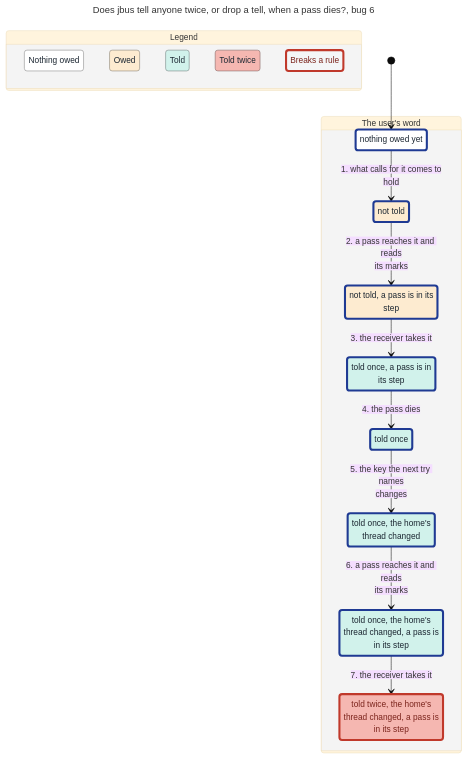
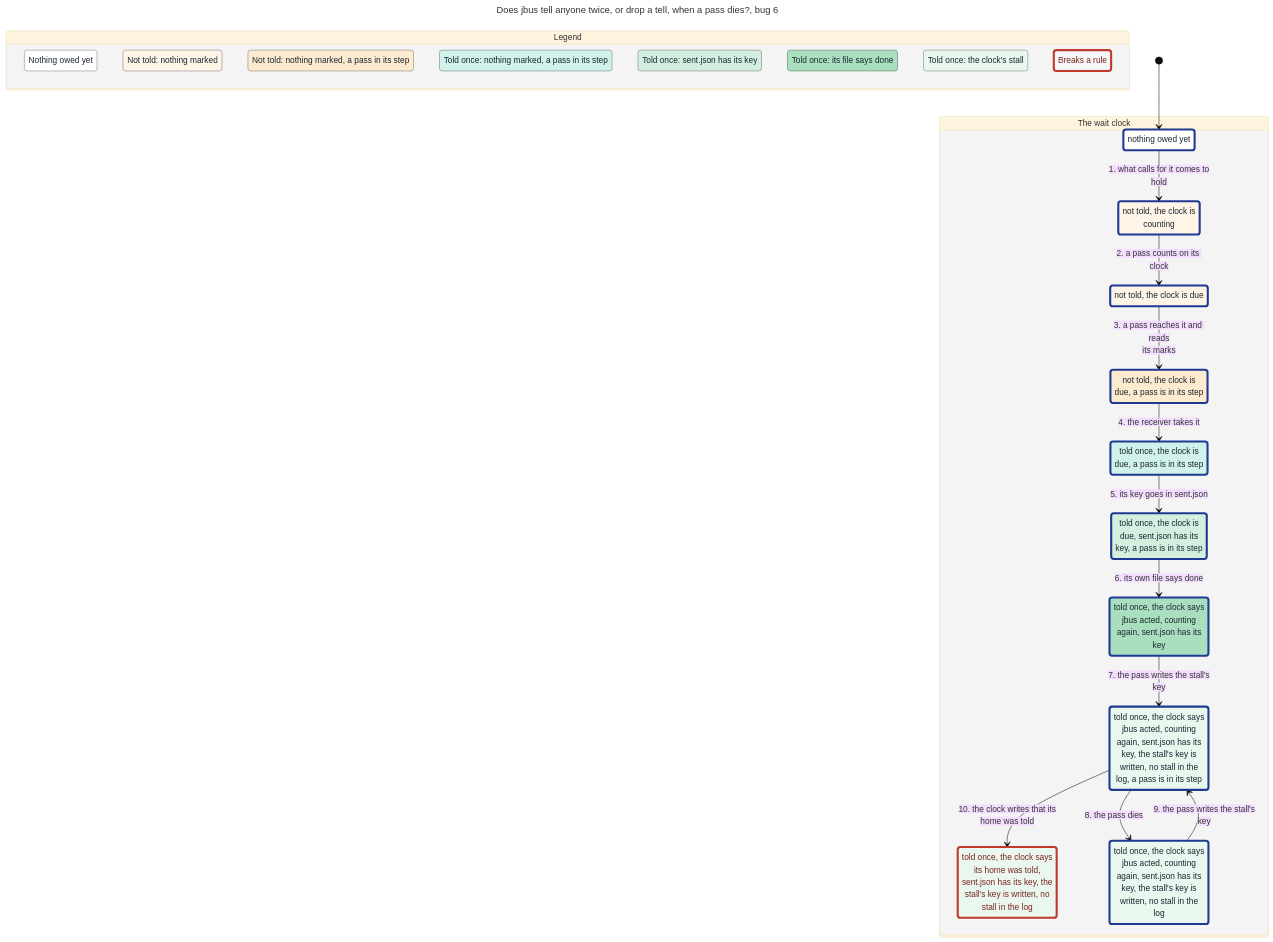
Before and after one commit to JoshuaHayesWasHere/jstack: the diagram in features/jbus/spec/TellOnce-statechart/bug-6.mmd, drawn with Mermaid (base theme). The commit also changed 21 other files, not shown here.

First line of the commit message:
feat(statechart): TellOnce's chart splits off the ask owed after a limit, and groups each state by where its tell stands, at most 15 to a group

```diff
--- a/features/jbus/spec/TellOnce-statechart/bug-6.mmd
+++ b/features/jbus/spec/TellOnce-statechart/bug-6.mmd
@@ -1,55 +1,75 @@
 ---
 title: "Does jbus tell anyone twice, or drop a tell, when a pass dies?, bug 6"
 config:
   markdownAutoWrap: false
   state:
     useMaxWidth: false
 ---
 stateDiagram-v2
   classDef plainWrong fill:#f4f6f7,stroke:#c0392b,stroke-width:4px,color:#7b241c
   classDef group0 fill:#ffffff,stroke:#808080,color:#1b2631
   classDef group0Path fill:#ffffff,stroke:#1f3a93,stroke-width:4px,color:#1b2631
-  classDef group1 fill:#fdebd0,stroke:#7f7668,color:#1b2631
-  classDef group1Path fill:#fdebd0,stroke:#1f3a93,stroke-width:4px,color:#1b2631
-  classDef group2 fill:#d1f2eb,stroke:#697976,color:#1b2631
-  classDef group2Path fill:#d1f2eb,stroke:#1f3a93,stroke-width:4px,color:#1b2631
-  classDef group3 fill:#f5b7b1,stroke:#7b5c59,color:#1b2631
-  classDef group3Wrong fill:#f5b7b1,stroke:#c0392b,stroke-width:4px,color:#7b241c
+  classDef group1 fill:#fef5e7,stroke:#7f7b74,color:#1b2631
+  classDef group1Path fill:#fef5e7,stroke:#1f3a93,stroke-width:4px,color:#1b2631
+  classDef group2 fill:#fdebd0,stroke:#7f7668,color:#1b2631
+  classDef group2Path fill:#fdebd0,stroke:#1f3a93,stroke-width:4px,color:#1b2631
+  classDef group6 fill:#d1f2eb,stroke:#697976,color:#1b2631
+  classDef group6Path fill:#d1f2eb,stroke:#1f3a93,stroke-width:4px,color:#1b2631
+  classDef group8 fill:#d4efdf,stroke:#6a7870,color:#1b2631
+  classDef group8Path fill:#d4efdf,stroke:#1f3a93,stroke-width:4px,color:#1b2631
+  classDef group9 fill:#a9dfbf,stroke:#557060,color:#1b2631
+  classDef group9Path fill:#a9dfbf,stroke:#1f3a93,stroke-width:4px,color:#1b2631
+  classDef group10 fill:#e9f7ef,stroke:#757c78,color:#1b2631
+  classDef group10Wrong fill:#e9f7ef,stroke:#c0392b,stroke-width:4px,color:#7b241c
+  classDef group10Path fill:#e9f7ef,stroke:#1f3a93,stroke-width:4px,color:#1b2631
   state "Legend" as legend {
-    state "Nothing owed" as legendGroup0
-    state "Owed" as legendGroup1
-    state "Told" as legendGroup2
-    state "Told twice" as legendGroup3
+    state "Nothing owed yet" as legendGroup0
+    state "Not told: nothing marked" as legendGroup1
+    state "Not told: nothing marked, a pass in its step" as legendGroup2
+    state "Told once: nothing marked, a pass in its step" as legendGroup6
+    state "Told once: sent.json has its key" as legendGroup8
+    state "Told once: its file says done" as legendGroup9
+    state "Told once: the clock's stall" as legendGroup10
     state "Breaks a rule" as legendWrong
   }
   class legendGroup0 group0
   class legendGroup1 group1
   class legendGroup2 group2
-  class legendGroup3 group3
+  class legendGroup6 group6
+  class legendGroup8 group8
+  class legendGroup9 group9
+  class legendGroup10 group10
   class legendWrong plainWrong
-  state "The user's word" as g0 {
-    state "not told" as s0
-    state "not told, a pass is in its<br/>step" as s1
-    state "nothing owed yet" as s2
-    state "told once" as s3
-    state "told once, a pass is in<br/>its step" as s4
-    state "told once, the home's<br/>thread changed" as s5
-    state "told once, the home's<br/>thread changed, a pass is<br/>in its step" as s6
-    state "told twice, the home's<br/>thread changed, a pass is<br/>in its step" as s7
+  state "The wait clock" as g0 {
+    state "not told, the clock is<br/>counting" as s0
+    state "not told, the clock is due" as s1
+    state "not told, the clock is<br/>due, a pass is in its step" as s2
+    state "nothing owed yet" as s3
+    state "told once, the clock is<br/>due, a pass is in its step" as s4
+    state "told once, the clock is<br/>due, sent.json has its<br/>key, a pass is in its step" as s5
+    state "told once, the clock says<br/>its home was told,<br/>sent.json has its key, the<br/>stall's key is written, no<br/>stall in the log" as s6
+    state "told once, the clock says<br/>jbus acted, counting<br/>again, sent.json has its<br/>key" as s7
+    state "told once, the clock says<br/>jbus acted, counting<br/>again, sent.json has its<br/>key, the stall's key is<br/>written, no stall in the<br/>log" as s8
+    state "told once, the clock says<br/>jbus acted, counting<br/>again, sent.json has its<br/>key, the stall's key is<br/>written, no stall in the<br/>log, a pass is in its step" as s9
   }
-  [*] --> s2
-  s2 --> s0 : 1. what calls for it comes to<br/>hold
-  s0 --> s1 : 2. a pass reaches it and reads<br/>its marks
-  s1 --> s4 : 3. the receiver takes it
-  s4 --> s3 : 4. the pass dies
-  s3 --> s5 : 5. the key the next try names<br/>changes
-  s5 --> s6 : 6. a pass reaches it and reads<br/>its marks
-  s6 --> s7 : 7. the receiver takes it
+  [*] --> s3
+  s3 --> s0 : 1. what calls for it comes to<br/>hold
+  s0 --> s1 : 2. a pass counts on its clock
+  s1 --> s2 : 3. a pass reaches it and reads<br/>its marks
+  s2 --> s4 : 4. the receiver takes it
+  s4 --> s5 : 5. its key goes in sent.json
+  s5 --> s7 : 6. its own file says done
+  s7 --> s9 : 7. the pass writes the stall's<br/>key
+  s9 --> s8 : 8. the pass dies
+  s8 --> s9 : 9. the pass writes the stall's<br/>key
+  s9 --> s6 : 10. the clock writes that its<br/>home was told
   class s0 group1Path
   class s1 group1Path
-  class s2 group0Path
-  class s3 group2Path
-  class s4 group2Path
-  class s5 group2Path
-  class s6 group2Path
-  class s7 group3Wrong
+  class s2 group2Path
+  class s3 group0Path
+  class s4 group6Path
+  class s5 group8Path
+  class s6 group10Wrong
+  class s7 group9Path
+  class s8 group10Path
+  class s9 group10Path
```
